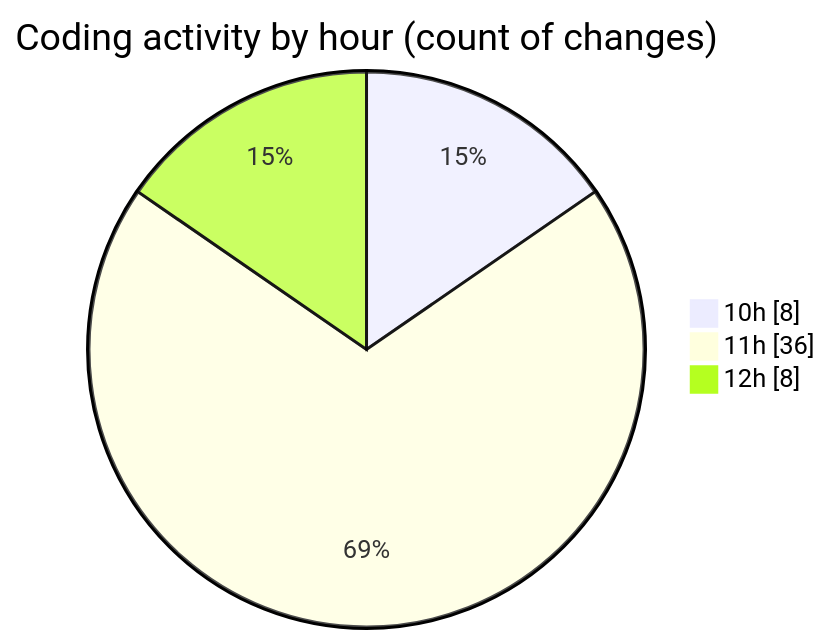
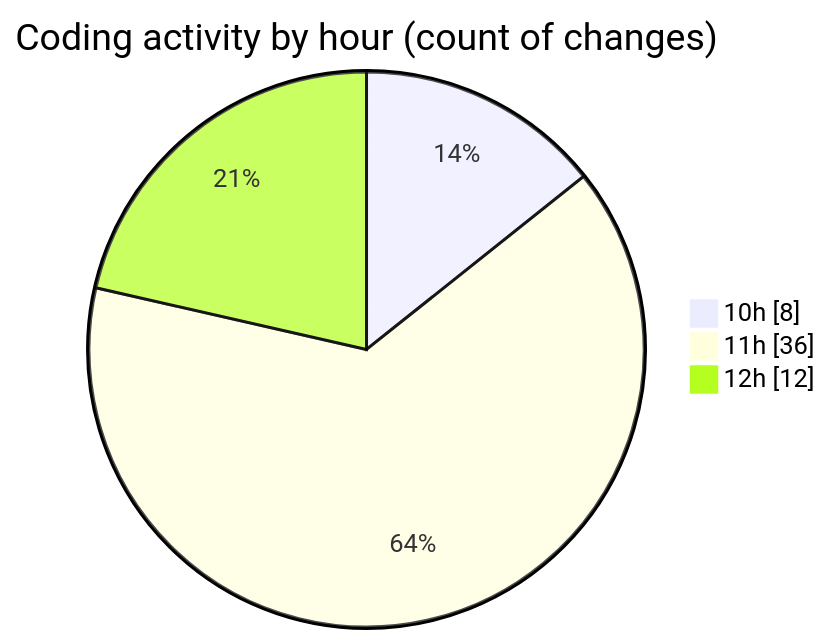
Before and after one commit to CELIANVF/code-tracking: the second of 2 diagrams in 2025-05-16/python_app_deploy/README.md, drawn with Mermaid. The commit also changed other lines of this file and 1 other file, not shown here.

````diff
--- a/2025-05-16/python_app_deploy/README.md
+++ b/2025-05-16/python_app_deploy/README.md
@@ -41,7 +41,7 @@
 ```mermaid
 pie showData
 title Coding activity by hour (count of changes)
 "10h" : 8
 "11h" : 36
-"12h" : 8
+"12h" : 12
 ```
````
